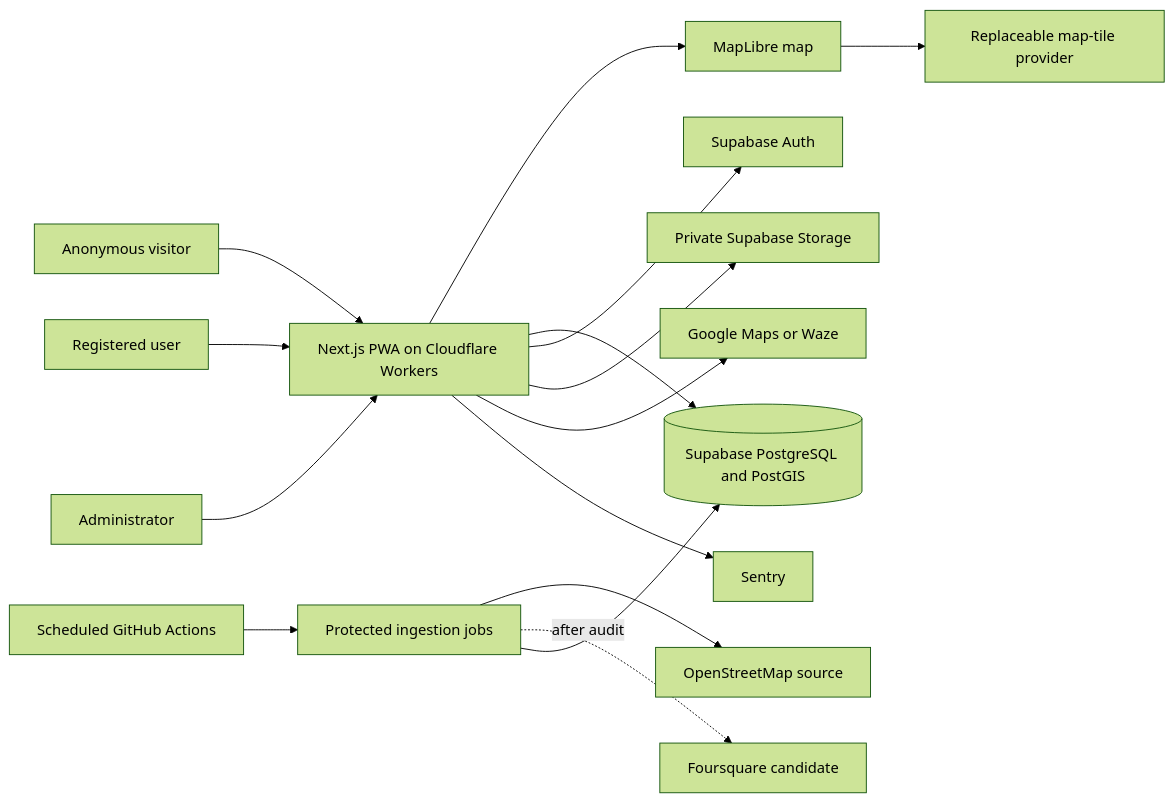
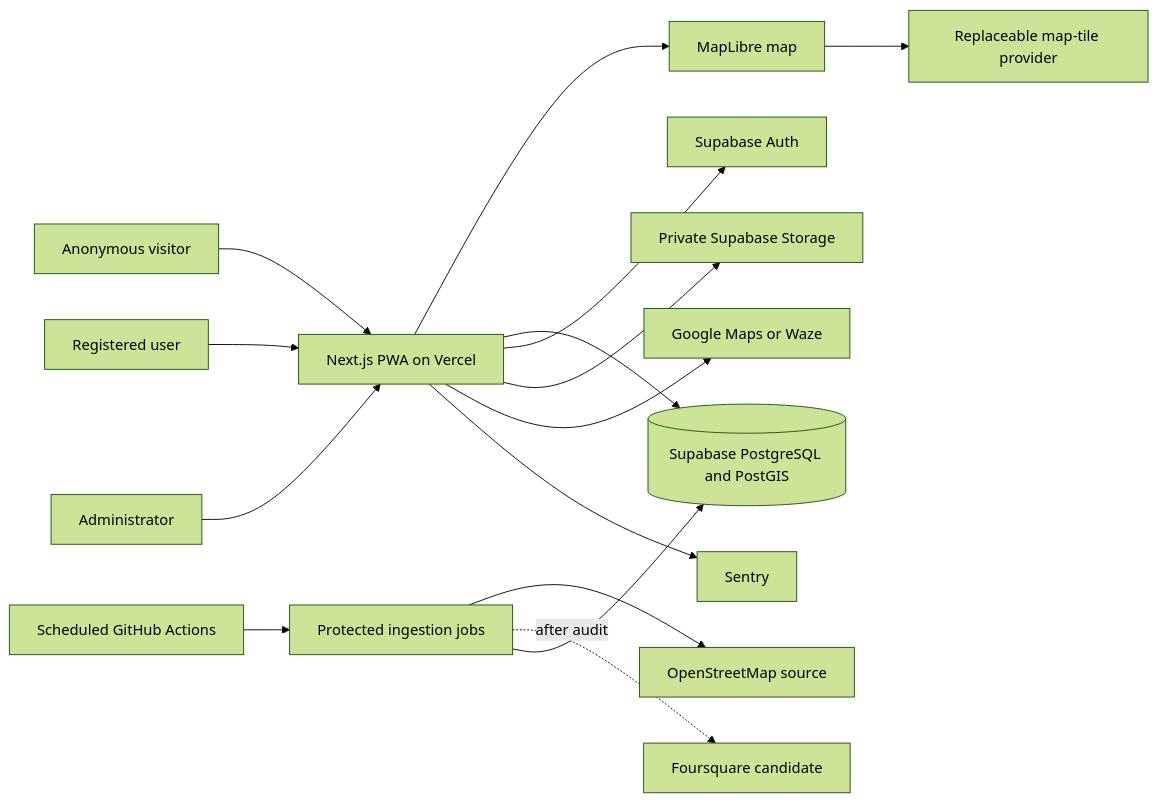
One commit to z4ynu/tagum-food-finder changed the first of 3 diagrams in docs/architecture.md. Above: the diagram before and after it, drawn with Mermaid (forest theme). The commit also changed other lines of this file and 17 other files, not shown here.

````diff
--- a/docs/architecture.md
+++ b/docs/architecture.md
@@ -73,34 +73,34 @@
 ```mermaid
 flowchart LR
     visitor[Anonymous visitor]
     member[Registered user]
     admin[Administrator]
 
-    app[Next.js PWA on Cloudflare Workers]
+    app[Next.js PWA on Vercel]
     map[MapLibre map]
     db[(Supabase PostgreSQL and PostGIS)]
     auth[Supabase Auth]
     storage[Private Supabase Storage]
     ingest[Protected ingestion jobs]
     gha[Scheduled GitHub Actions]
     osm[OpenStreetMap source]
     fsq[Foursquare candidate]
     tiles[Replaceable map-tile provider]
     nav[Google Maps or Waze]
     sentry[Sentry]
 
     visitor --> app
     member --> app
     admin --> app
     app --> map
     map --> tiles
     app --> db
     app --> auth
     app --> storage
     app --> nav
     app --> sentry
     gha --> ingest
     ingest --> osm
     ingest -. after audit .-> fsq
     ingest --> db
 ```
````
